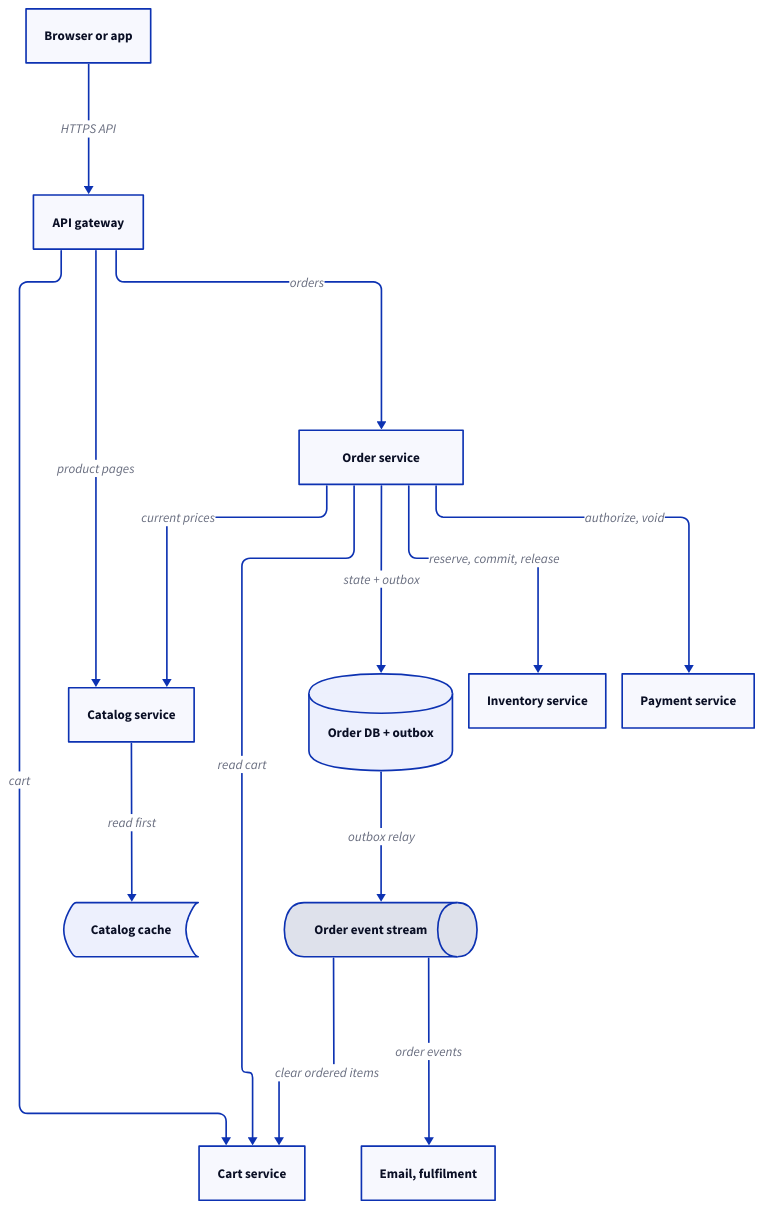
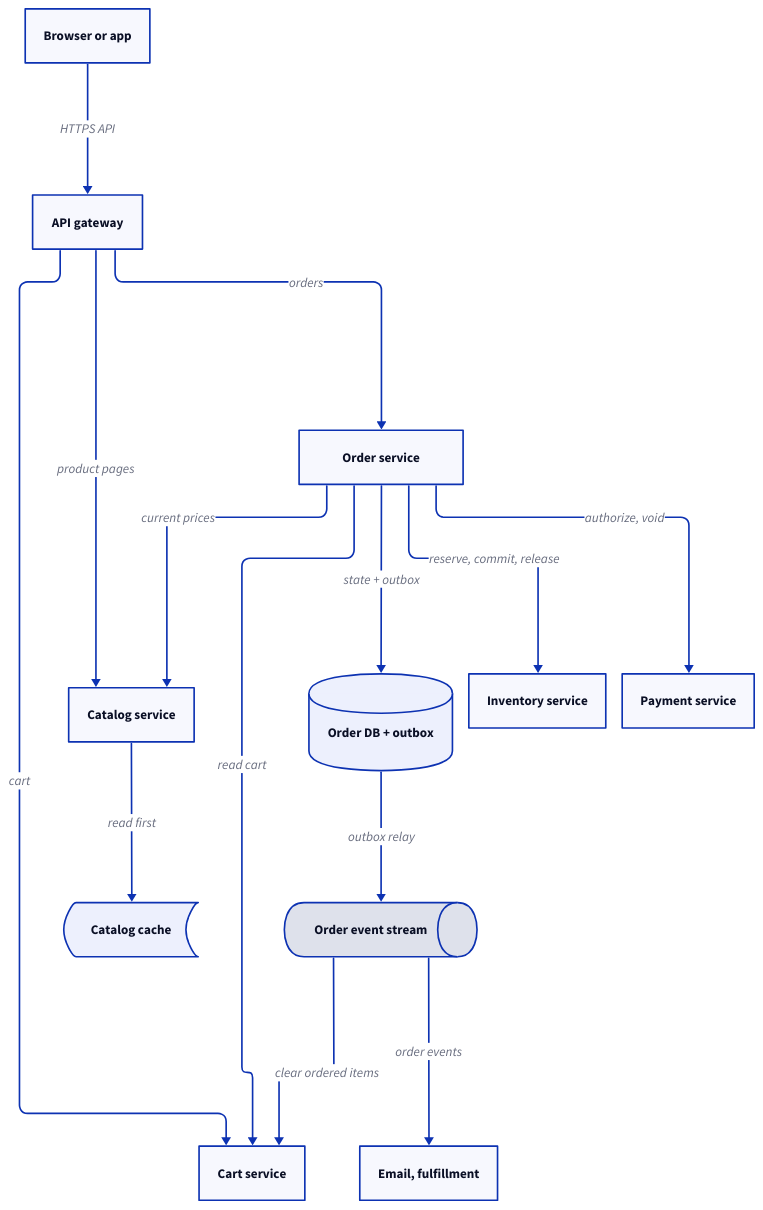
One commit to enbattle/til changed the diagram in src/system-design/diagrams/ecommerce-checkout/architecture.d2. Above: the diagram before and after it, drawn with D2. The commit also changed 55 other files, not shown here.

```diff
--- a/src/system-design/diagrams/ecommerce-checkout/architecture.d2
+++ b/src/system-design/diagrams/ecommerce-checkout/architecture.d2
@@ -1,37 +1,37 @@
 # High-level architecture of the e-commerce checkout: catalog reads from a
 # cache, carts in their own store, and the order service orchestrating
 # inventory and payment, with order events published through an outbox.
 direction: down
 vars: { d2-config: { layout-engine: elk } }
 
 client: Browser or app
 gw: API gateway
 catalog: Catalog service
 ccache: Catalog cache {
   shape: stored_data
 }
 cart: Cart service
 order: Order service
 orderdb: Order DB + outbox {
   shape: cylinder
 }
 inv: Inventory service
 pay: Payment service
 events: Order event stream {
   shape: queue
 }
-consumers: "Email, fulfilment"
+consumers: "Email, fulfillment"
 
 client -> gw: "HTTPS API"
 gw -> catalog: "product pages"
 gw -> cart: "cart"
 gw -> order: "orders"
 catalog -> ccache: "read first"
 order -> cart: "read cart"
 order -> catalog: "current prices"
 order -> orderdb: "state + outbox"
 order -> inv: "reserve, commit, release"
 order -> pay: "authorize, void"
 orderdb -> events: "outbox relay"
 events -> cart: "clear ordered items"
 events -> consumers: "order events"
```
